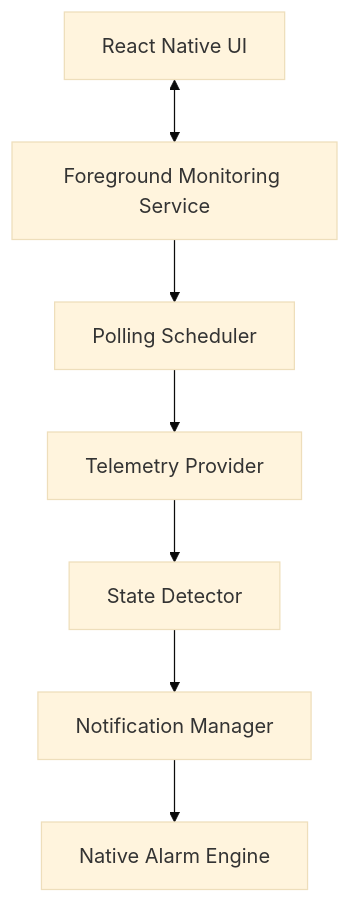
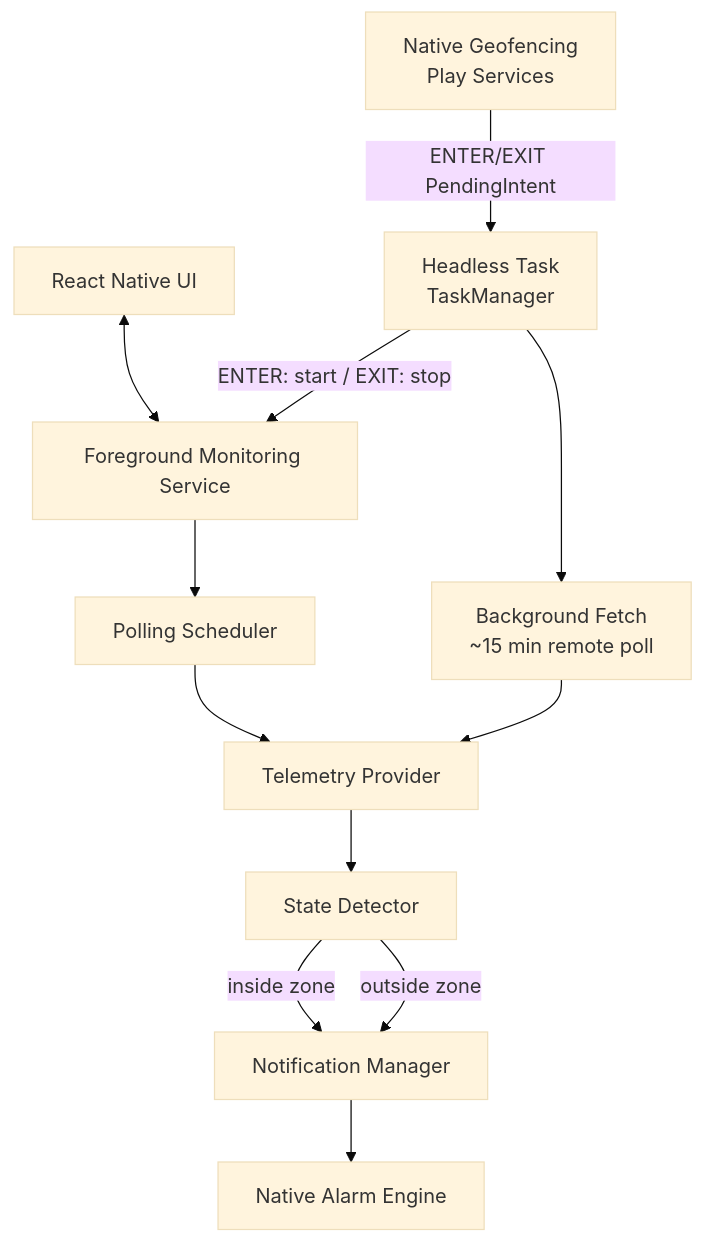
The diagram in monitoring_engine.md (Crazyfre/SolarOS_PowerCut_Notifier), drawn with Mermaid (base theme) before and after one commit. The commit also changed other lines of this file and 19 other files, not shown here.

Commit message:
feat: remote polling, tariff engine, data sync budget, and UI/service refinements

````diff
--- a/monitoring_engine.md
+++ b/monitoring_engine.md
@@ -7,9 +18,13 @@
 ```mermaid
 graph TD
   RNUI[React Native UI] <--> FS[Foreground Monitoring Service]
   FS --> PS[Polling Scheduler]
   PS --> TP[Telemetry Provider]
   TP --> SD[State Detector]
-  SD --> NM[Notification Manager]
-  NM --> AE[Native Alarm Engine]
+  SD -->|inside zone| NM[Notification Manager] --> AE[Native Alarm Engine]
+  SD -->|outside zone| NM
+  GEO[Native Geofencing<br/>Play Services] -->|ENTER/EXIT PendingIntent| HT[Headless Task<br/>TaskManager]
+  HT -->|ENTER: start / EXIT: stop| FS
+  HT --> BF[Background Fetch<br/>~15 min remote poll]
+  BF --> TP
 ```
````
